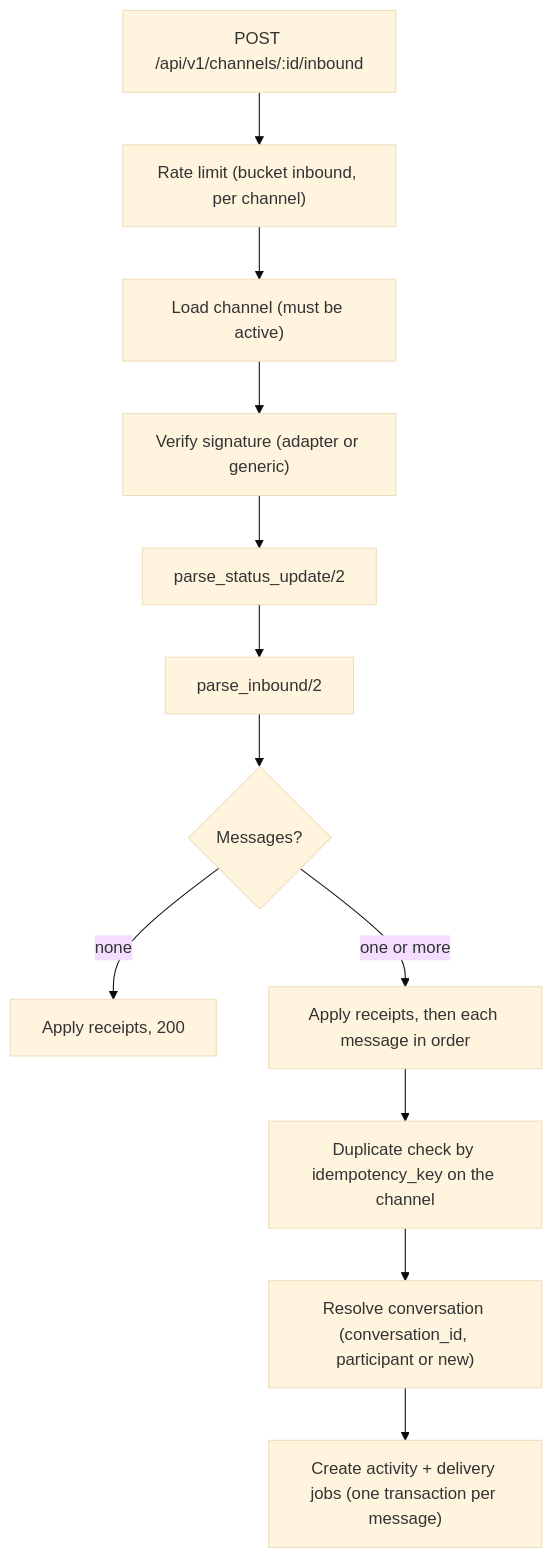
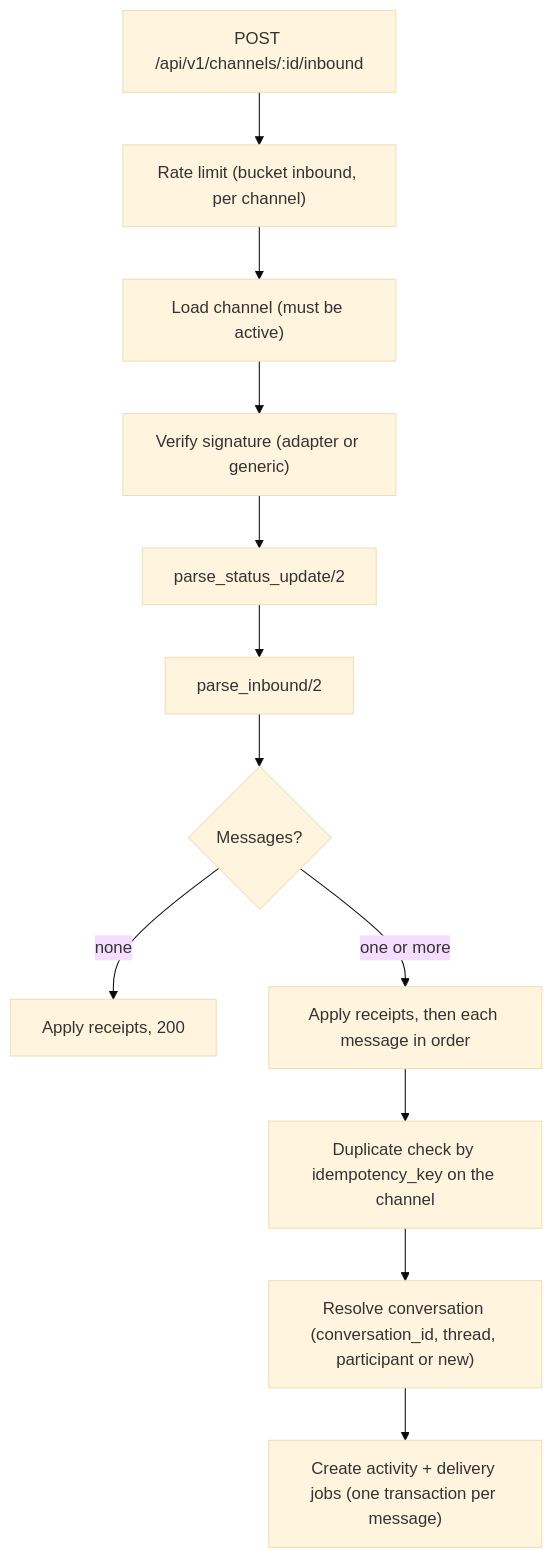
The diagram in docs/channels/overview.md (AimTune/converger), drawn with Mermaid (base theme) before and after one commit. The commit also changed other lines of this file and 32 other files, not shown here.

````diff
--- a/docs/channels/overview.md
+++ b/docs/channels/overview.md
@@ -165,14 +170,14 @@
 ```mermaid
 flowchart TD
   A["POST /api/v1/channels/:id/inbound"] --> B["Rate limit (bucket inbound, per channel)"]
   B --> C["Load channel (must be active)"]
   C --> D["Verify signature (adapter or generic)"]
   D --> E["parse_status_update/2"]
   E --> F["parse_inbound/2"]
   F --> G{"Messages?"}
   G -- "none" --> H["Apply receipts, 200"]
   G -- "one or more" --> I["Apply receipts, then each message in order"]
   I --> J["Duplicate check by idempotency_key on the channel"]
-  J --> K["Resolve conversation (conversation_id, participant or new)"]
+  J --> K["Resolve conversation (conversation_id, thread, participant or new)"]
   K --> L["Create activity + delivery jobs (one transaction per message)"]
 ```
````
